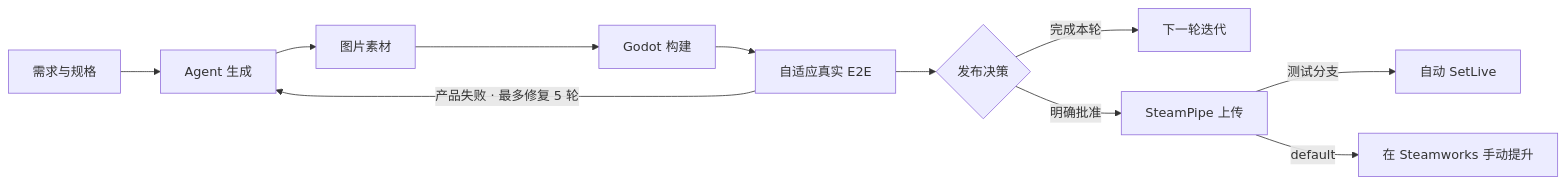
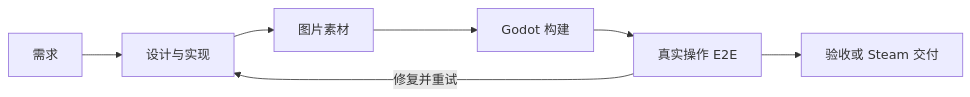
The diagram in README.zh-CN.md (asssaver97/DeviLudo), drawn with Mermaid before and after one commit. The commit also changed other lines of this file and 1 other file, not shown here.

````diff
--- a/README.zh-CN.md
+++ b/README.zh-CN.md
@@ -42,13 +26,9 @@
 ```mermaid
 flowchart LR
-    A[需求与规格] --> B[Agent 生成]
+    A[需求] --> B[设计与实现]
     B --> C[图片素材]
     C --> D[Godot 构建]
-    D --> E[自适应真实 E2E]
-    E -->|产品失败 · 最多修复 5 轮| B
-    E --> F{发布决策}
-    F -->|完成本轮| G[下一轮迭代]
-    F -->|明确批准| H[SteamPipe 上传]
-    H -->|测试分支| I[自动 SetLive]
-    H -->|default| J[在 Steamworks 手动提升]
+    D --> E[真实操作 E2E]
+    E -->|修复并重试| B
+    E --> F[验收或 Steam 交付]
 ```
````
